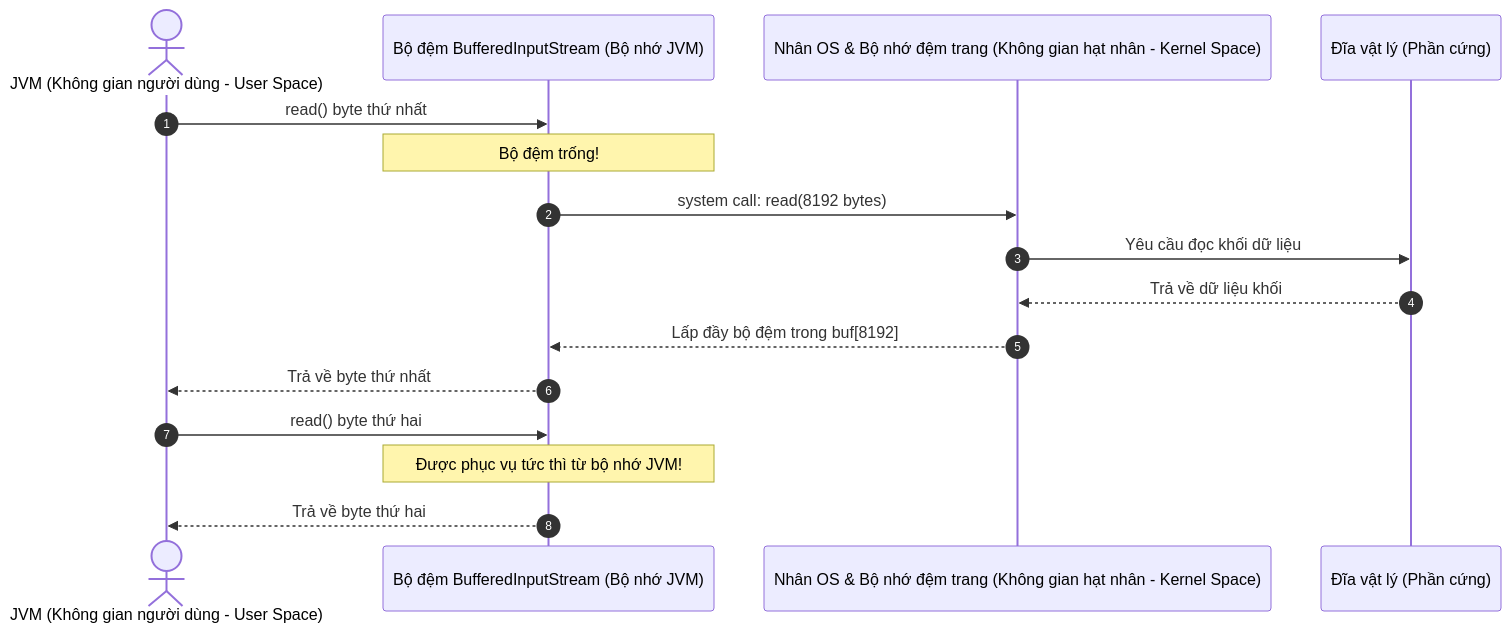
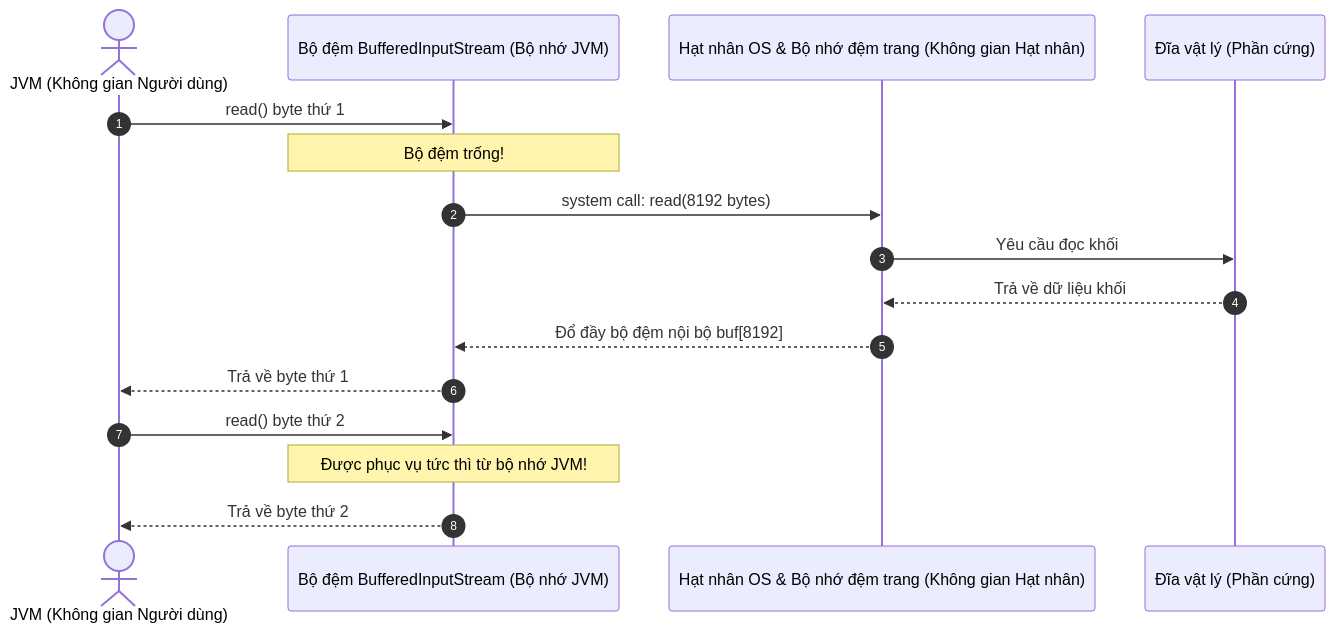
Before and after one commit to PhuThien2005/theoretical-of-java-core: the diagram in vi/26-io/theory/02-bufferedinputstream-concepts.md, drawn with Mermaid. The commit also changed other lines of this file and 229 other files, not shown here.

````diff
--- a/vi/26-io/theory/02-bufferedinputstream-concepts.md
+++ b/vi/26-io/theory/02-bufferedinputstream-concepts.md
@@ -35,20 +36,20 @@
 ```mermaid
 sequenceDiagram
     autonumber
-    actor JVM as JVM (Không gian người dùng - User Space)
+    actor JVM as JVM (Không gian Người dùng)
     participant BIS as Bộ đệm BufferedInputStream (Bộ nhớ JVM)
-    participant OS as Nhân OS & Bộ nhớ đệm trang (Không gian hạt nhân - Kernel Space)
+    participant OS as Hạt nhân OS & Bộ nhớ đệm trang (Không gian Hạt nhân)
     participant Disk as Đĩa vật lý (Phần cứng)
 
-    JVM->>BIS: read() byte thứ nhất
+    JVM->>BIS: read() byte thứ 1
     Note over BIS: Bộ đệm trống!
     BIS->>OS: system call: read(8192 bytes)
-    OS->>Disk: Yêu cầu đọc khối dữ liệu
+    OS->>Disk: Yêu cầu đọc khối
     Disk-->>OS: Trả về dữ liệu khối
-    OS-->>BIS: Lấp đầy bộ đệm trong buf[8192]
-    BIS-->>JVM: Trả về byte thứ nhất
+    OS-->>BIS: Đổ đầy bộ đệm nội bộ buf[8192]
+    BIS-->>JVM: Trả về byte thứ 1
     
-    JVM->>BIS: read() byte thứ hai
+    JVM->>BIS: read() byte thứ 2
     Note over BIS: Được phục vụ tức thì từ bộ nhớ JVM!
-    BIS-->>JVM: Trả về byte thứ hai
+    BIS-->>JVM: Trả về byte thứ 2
 ```
````
